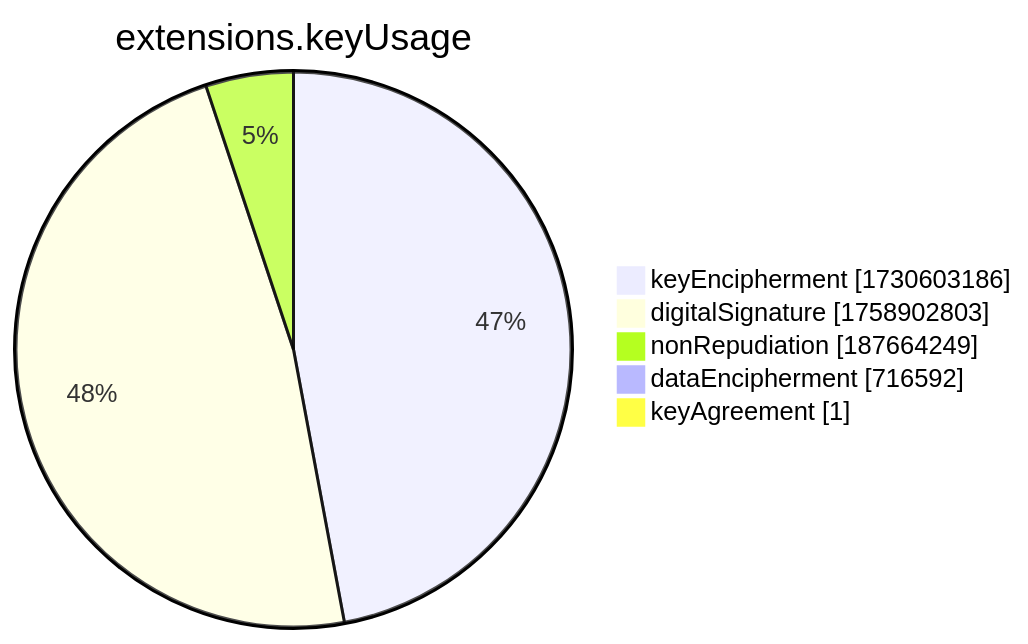
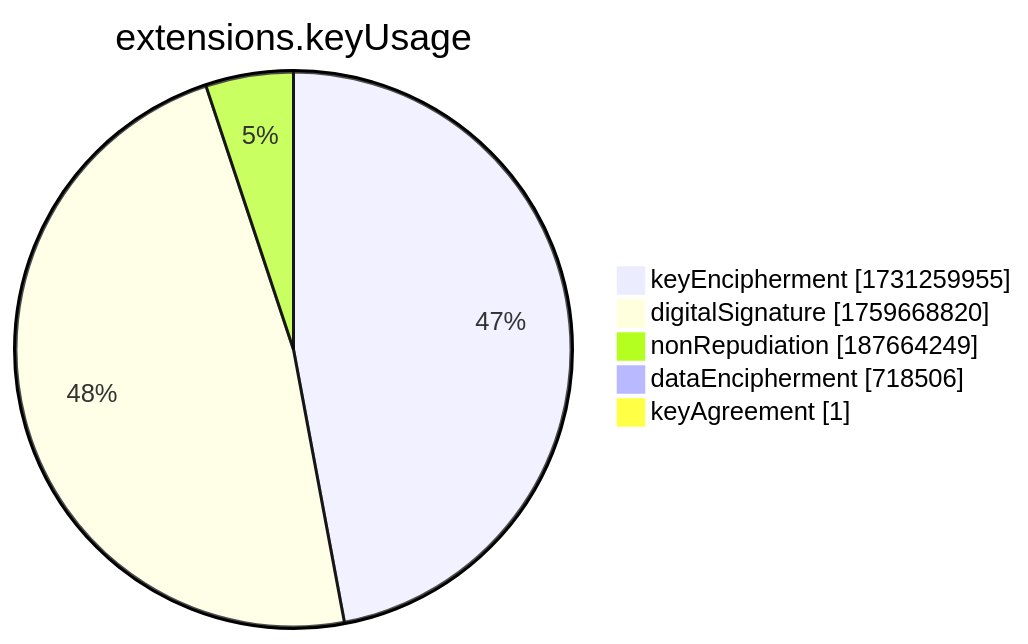
Before and after one commit to christiankrug/ctmonitor_visualization: the seventh of 15 diagrams in xenon2022/README.md, drawn with Mermaid. The commit also changed other lines of this file, not shown here.

````diff
--- a/xenon2022/README.md
+++ b/xenon2022/README.md
@@ -2859,9 +2859,9 @@
 ```mermaid
 pie showData
 title extensions.keyUsage
-"keyEncipherment" :1730603186
-"digitalSignature" :1758902803
+"keyEncipherment" :1731259955
+"digitalSignature" :1759668820
 "nonRepudiation" :187664249
-"dataEncipherment" :716592
+"dataEncipherment" :718506
 "keyAgreement" :1
 ```
````
